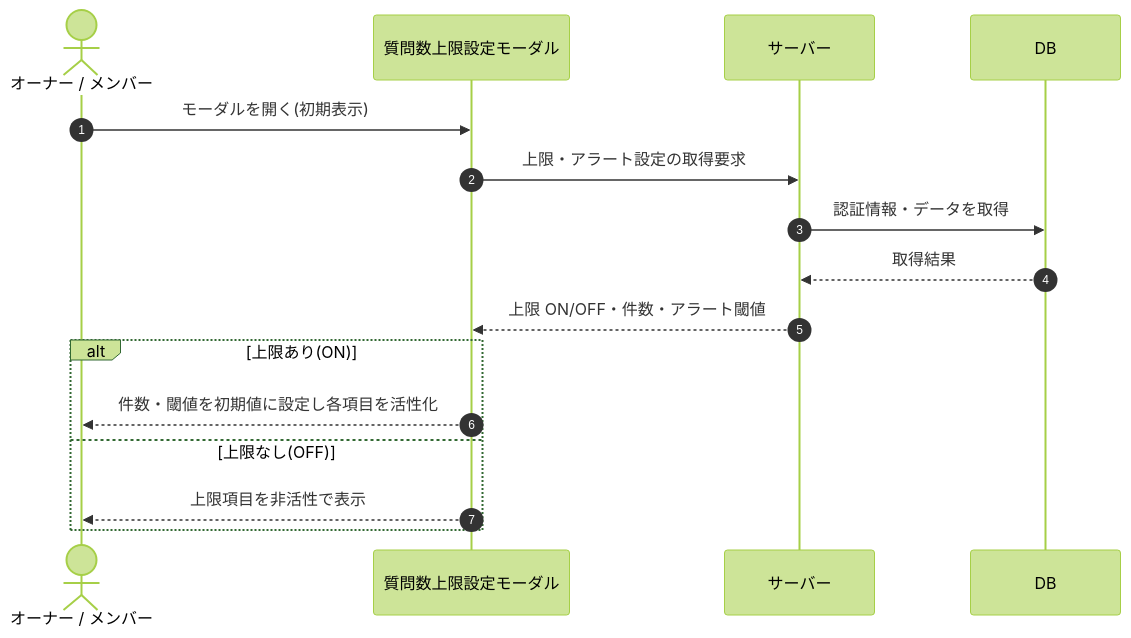
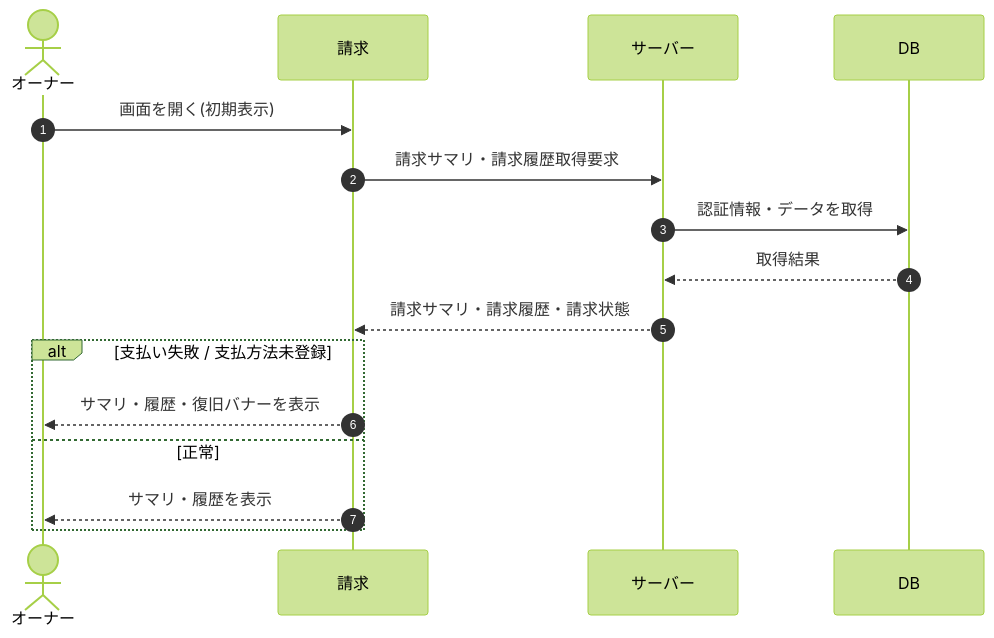
One commit to sikakou54/open-faq changed the diagram in 02_basic_design/03_sequences/SEQ-079.md. Above: the diagram before and after it, drawn with Mermaid (forest theme). The commit also changed other lines of this file and 395 other files, not shown here.

````diff
--- a/02_basic_design/03_sequences/SEQ-079.md
+++ b/02_basic_design/03_sequences/SEQ-079.md
@@ -25,18 +25,18 @@
 ```mermaid
 sequenceDiagram
   autonumber
-  actor U as オーナー / メンバー
-  participant Screen as 質問数上限設定モーダル
+  actor U as オーナー
+  participant Screen as 請求
   participant Server as サーバー
   participant DB as DB
-  U->>Screen: モーダルを開く(初期表示)
-  Screen->>Server: 上限・アラート設定の取得要求
+  U->>Screen: 画面を開く(初期表示)
+  Screen->>Server: 請求サマリ・請求履歴取得要求
   Server->>DB: 認証情報・データを取得
   DB-->>Server: 取得結果
-  Server-->>Screen: 上限 ON/OFF・件数・アラート閾値
-  alt 上限あり(ON)
-    Screen-->>U: 件数・閾値を初期値に設定し各項目を活性化
-  else 上限なし(OFF)
-    Screen-->>U: 上限項目を非活性で表示
+  Server-->>Screen: 請求サマリ・請求履歴・請求状態
+  alt 支払い失敗 / 支払方法未登録
+    Screen-->>U: サマリ・履歴・復旧バナーを表示
+  else 正常
+    Screen-->>U: サマリ・履歴を表示
   end
 ```
````
